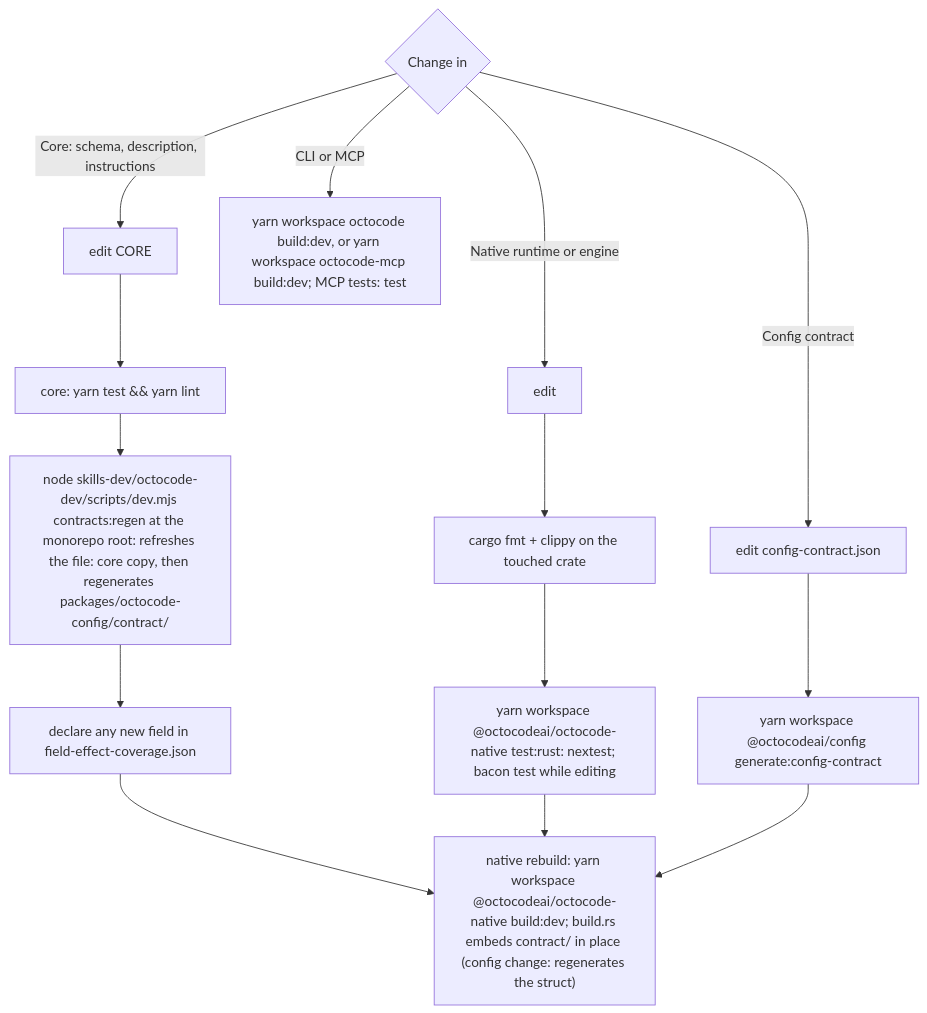
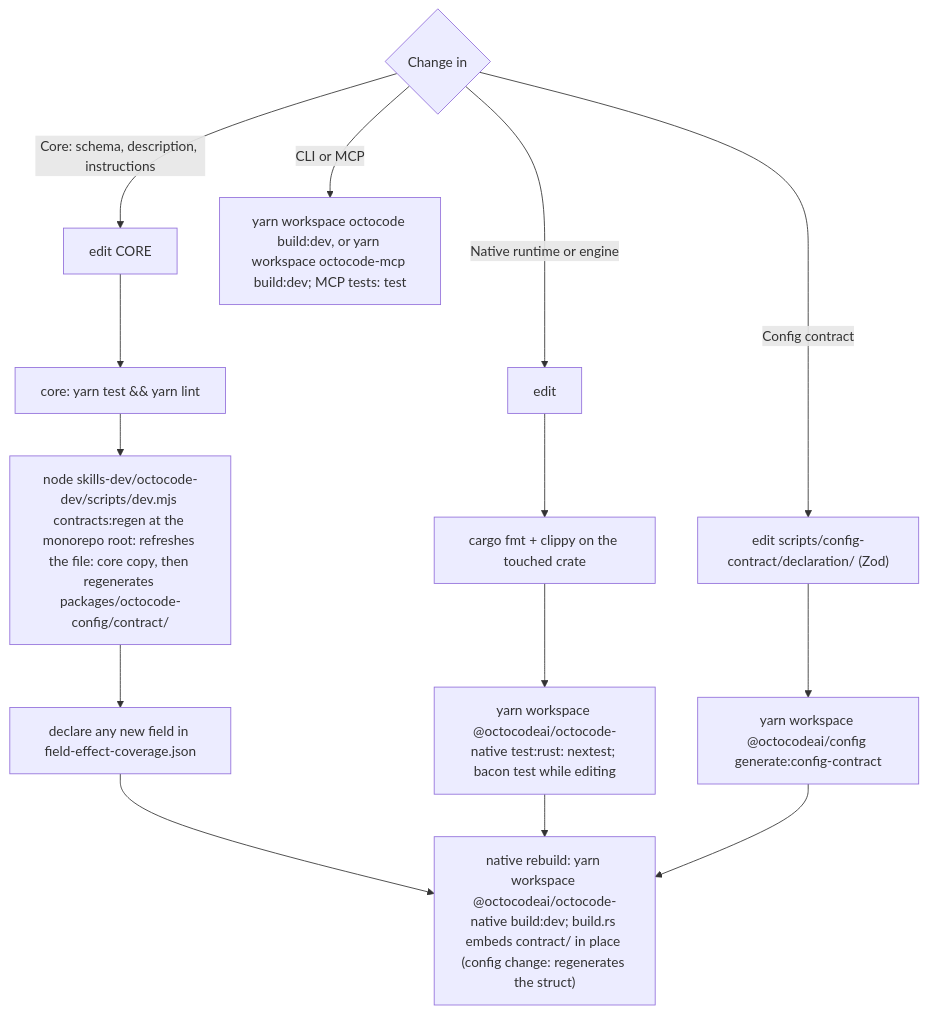
The diagram in skills-dev/octocode-dev/references/fix-and-verify.md (bgauryy/octocode), drawn with Mermaid before and after one commit. The commit also changed 1510 other files, not shown here.

````diff
--- a/skills-dev/octocode-dev/references/fix-and-verify.md
+++ b/skills-dev/octocode-dev/references/fix-and-verify.md
@@ -12,16 +12,16 @@
 ```mermaid
 flowchart TD
   K{Change in} -- Core: schema, description, instructions --> C1["edit CORE"]
   C1 --> C2["core: yarn test && yarn lint"]
   C2 --> C3["node skills-dev/octocode-dev/scripts/dev.mjs contracts:regen at the monorepo root: refreshes the file: core copy, then regenerates packages/octocode-config/contract/"]
   C3 --> C4["declare any new field in field-effect-coverage.json"]
   C4 --> NB
   K -- Native runtime or engine --> N1["edit"]
   N1 --> N2["cargo fmt + clippy on the touched crate"]
   N2 --> N3["yarn workspace @octocodeai/octocode-native test:rust: nextest; bacon test while editing"]
   N3 --> NB
-  K -- Config contract --> G1["edit config-contract.json"]
+  K -- Config contract --> G1["edit scripts/config-contract/declaration/ (Zod)"]
   G1 --> G2["yarn workspace @octocodeai/config generate:config-contract"]
   G2 --> NB["native rebuild: yarn workspace @octocodeai/octocode-native build:dev; build.rs embeds contract/ in place (config change: regenerates the struct)"]
   K -- CLI or MCP --> I1["yarn workspace octocode build:dev, or yarn workspace octocode-mcp build:dev; MCP tests: test"]
 ```
````
